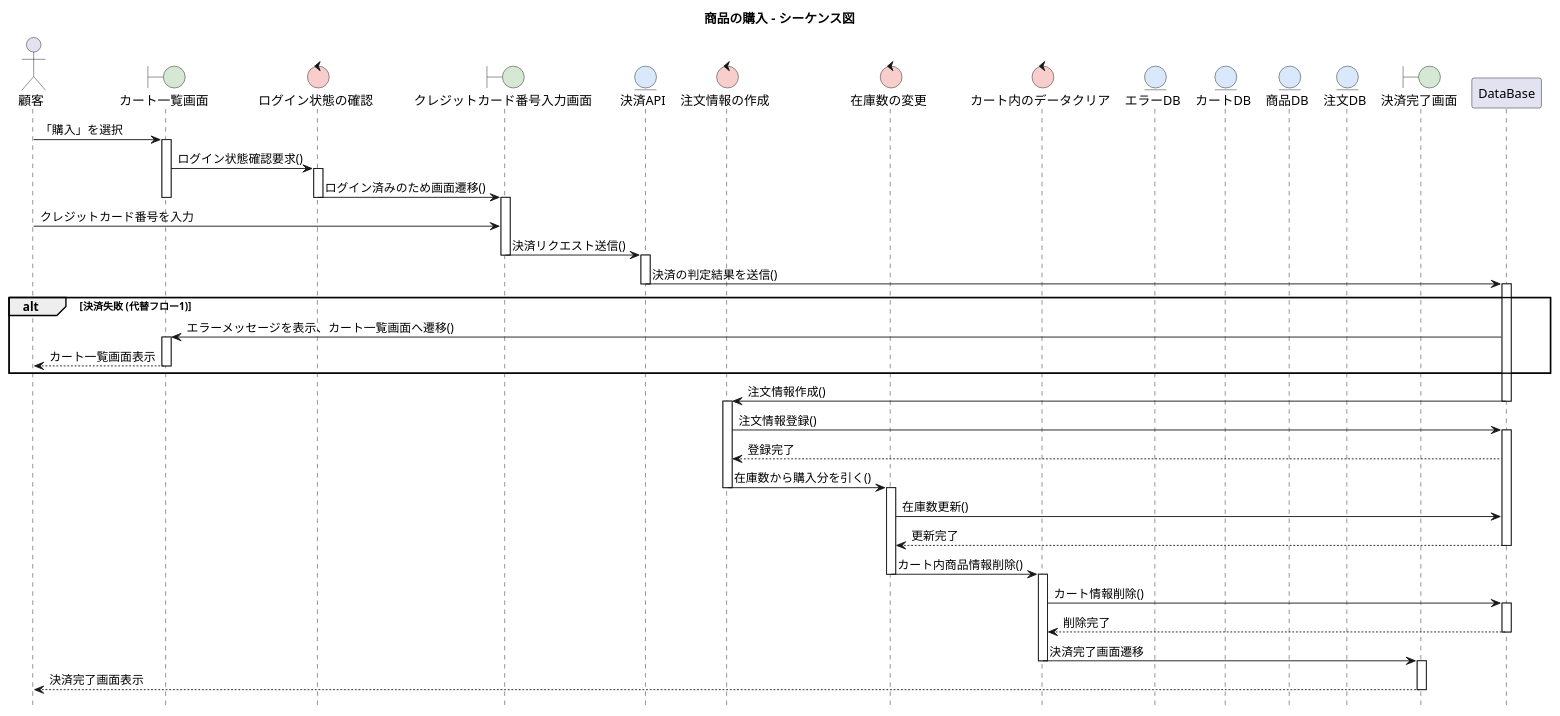
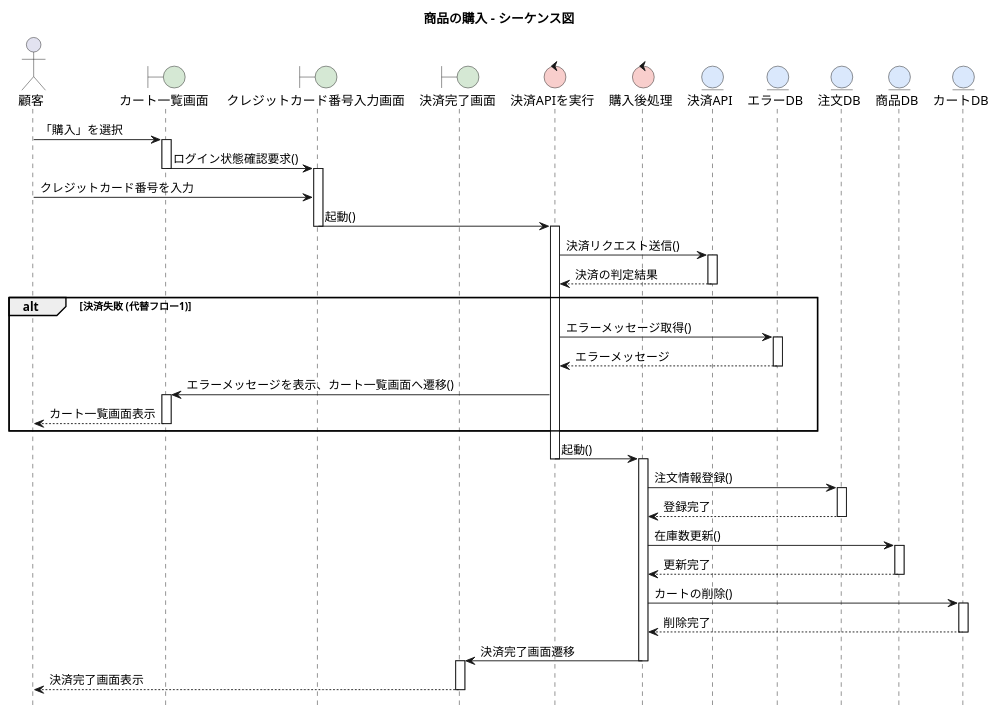
Before and after one commit to FujikawaHirono0520/group3_1_dogdog: the diagram in BB/sequence_purchase.pu, drawn with PlantUML.

Commit message:
【変更】いっぱい修正

```diff
--- a/BB/sequence_purchase.pu
+++ b/BB/sequence_purchase.pu
@@ -1,76 +1,77 @@
 @startuml
 title 商品の購入 - シーケンス図
 skinparam boundaryBackgroundColor #D5E8D4
 skinparam controlBackgroundColor  #F8CECC
 skinparam entityBackgroundColor   #DAE8FC
 
 hide footbox
 
 actor 顧客
 boundary "カート一覧画面" as CartView
-control "ログイン状態の確認" as LoginCheck 
 boundary "クレジットカード番号入力画面" as CardInputView
+boundary "決済完了画面" as CompleteView
+control "決済APIを実行" as APIExecution
+control "購入後処理" as PostPurchase
 entity "決済API" as PaymentAPI
-control "注文情報の作成" as CreateOrder
-control "在庫数の変更" as ChangeStock
-control "カート内のデータクリア" as ClearCart
 entity "エラーDB" as ErrorDataBase
+entity "注文DB" as OrderDataBase
+entity "商品DB" as GoodsDataBase
 entity "カートDB" as CartDataBase
-entity "商品DB" as GoodsDataBase
-entity "注文DB" as OrderDataBase
-boundary "決済完了画面" as CompleteView
 顧客 -> CartView : 「購入」を選択
 activate CartView
 
-CartView -> LoginCheck : ログイン状態確認要求()
-activate LoginCheck
-LoginCheck -> CardInputView : ログイン済みのため画面遷移()
-deactivate LoginCheck
+CartView -> CardInputView : ログイン状態確認要求()
 deactivate CartView
 activate CardInputView
 
 顧客 -> CardInputView : クレジットカード番号を入力
-CardInputView -> PaymentAPI : 決済リクエスト送信()
+
+CardInputView -> APIExecution : 起動()
 deactivate CardInputView
+activate APIExecution
+
+APIExecution -> PaymentAPI : 決済リクエスト送信()
 activate PaymentAPI
 
-PaymentAPI -> DataBase : 決済の判定結果を送信()
+PaymentAPI --> APIExecution : 決済の判定結果
+
+
 deactivate PaymentAPI
-activate DataBase
 alt 決済失敗 (代替フロー1)
-    DataBase -> CartView : エラーメッセージを表示、カート一覧画面へ遷移()
+
+    APIExecution -> ErrorDataBase : エラーメッセージ取得()
+    activate ErrorDataBase
+    ErrorDataBase --> APIExecution : エラーメッセージ
+    deactivate ErrorDataBase
+    APIExecution -> CartView : エラーメッセージを表示、カート一覧画面へ遷移()
     activate CartView
     
     CartView --> 顧客 : カート一覧画面表示
     deactivate CartView
 end
-    DataBase -> CreateOrder : 注文情報作成()
-    deactivate DataBase
-    activate CreateOrder
-    CreateOrder -> DataBase : 注文情報登録()
-    activate DataBase
-    DataBase --> CreateOrder : 登録完了
+    APIExecution -> PostPurchase : 起動()
+    deactivate APIExecution
+    activate PostPurchase
+    PostPurchase -> OrderDataBase : 注文情報登録()
+    activate OrderDataBase
+    OrderDataBase --> PostPurchase : 登録完了
+    deactivate OrderDataBase
 
-    CreateOrder -> ChangeStock : 在庫数から購入分を引く()
-    deactivate CreateOrder
-    activate ChangeStock
-    ChangeStock -> DataBase : 在庫数更新()
-    DataBase --> ChangeStock : 更新完了
-    deactivate DataBase
-    
-    ChangeStock -> ClearCart : カート内商品情報削除()
-    deactivate ChangeStock
-    activate ClearCart
-    ClearCart -> DataBase : カート情報削除()
-    activate DataBase
-    DataBase --> ClearCart : 削除完了
-    deactivate DataBase
+    PostPurchase -> GoodsDataBase : 在庫数更新()
+    activate GoodsDataBase
+    GoodsDataBase --> PostPurchase : 更新完了
+    deactivate GoodsDataBase
 
-    ClearCart -> CompleteView : 決済完了画面遷移
-    deactivate ClearCart
+    PostPurchase -> CartDataBase : カートの削除()
+    activate CartDataBase
+    CartDataBase --> PostPurchase : 削除完了
+    deactivate CartDataBase
+
+    PostPurchase -> CompleteView : 決済完了画面遷移
+    deactivate PostPurchase
     activate CompleteView
     
     CompleteView --> 顧客 : 決済完了画面表示
     deactivate CompleteView
 
 @enduml
```
